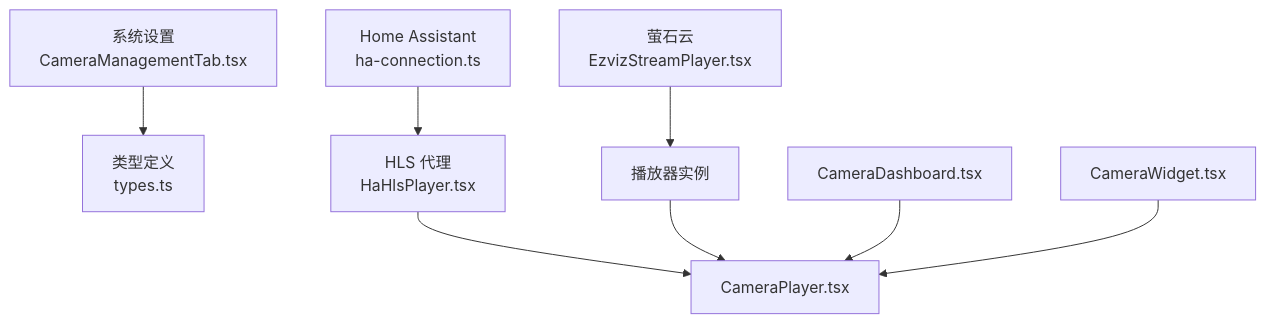
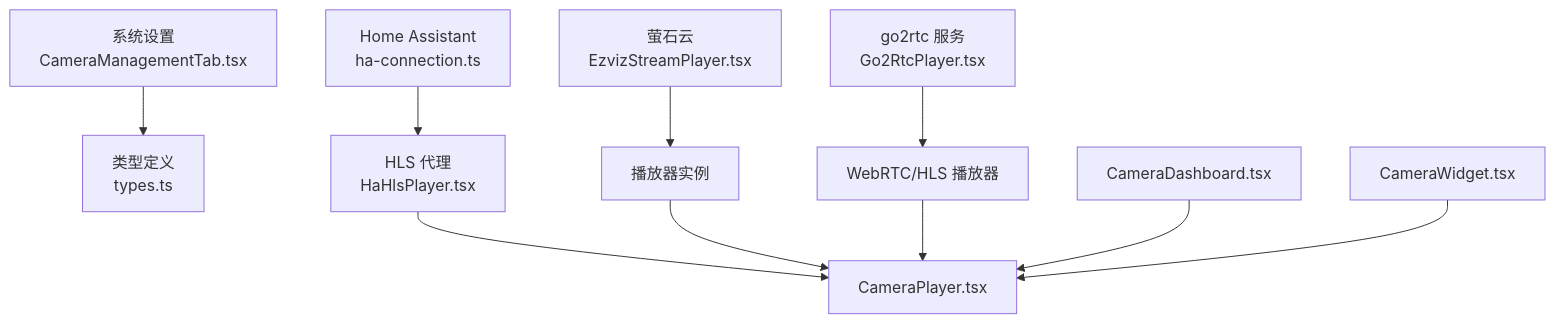
One commit to skyeyinkun/HAUI changed the second of 6 diagrams in .qoder/repowiki/zh/content/摄像头监控系统/摄像头监控系统.md. Above: the diagram before and after it, drawn with Mermaid. The commit also changed other lines of this file and 23 other files, not shown here.

````diff
--- a/.qoder/repowiki/zh/content/摄像头监控系统/摄像头监控系统.md
+++ b/.qoder/repowiki/zh/content/摄像头监控系统/摄像头监控系统.md
@@ -120,10 +135,12 @@
 ```mermaid
 graph TB
 CFG["系统设置<br/>CameraManagementTab.tsx"] --> TYPES["类型定义<br/>types.ts"]
 HA["Home Assistant<br/>ha-connection.ts"] --> HAP["HLS 代理<br/>HaHlsPlayer.tsx"]
 EZZ["萤石云<br/>EzvizStreamPlayer.tsx"] --> ESP["播放器实例"]
+G2R["go2rtc 服务<br/>Go2RtcPlayer.tsx"] --> GRP["WebRTC/HLS 播放器"]
 HAP --> CP["CameraPlayer.tsx"]
 ESP --> CP
+GRP --> CP
 CD["CameraDashboard.tsx"] --> CP
 CW["CameraWidget.tsx"] --> CP
 ```
````
